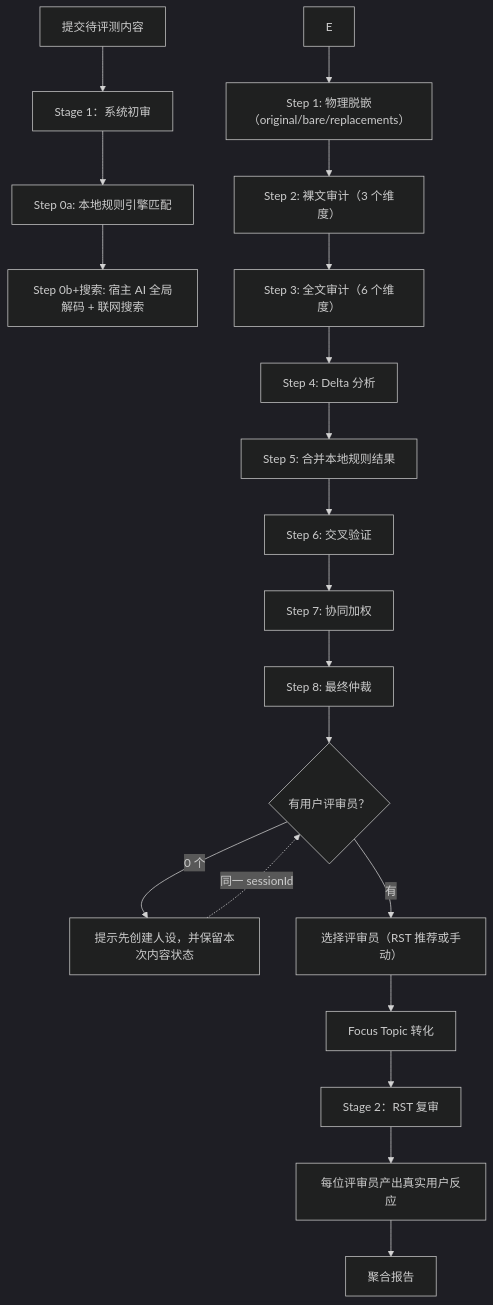
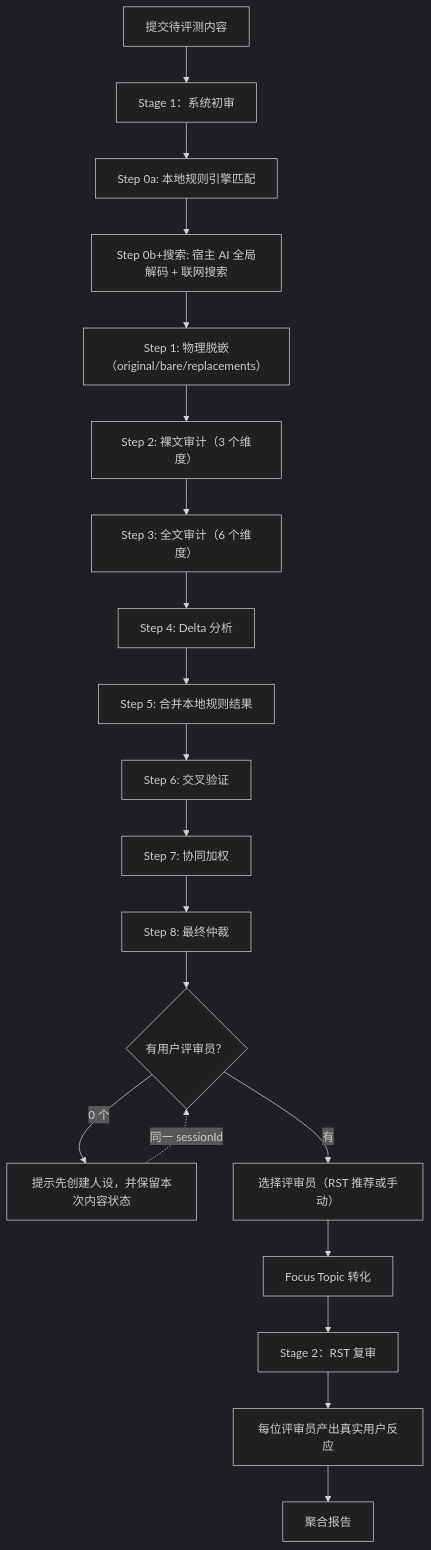
One commit to ChurzeXo/kevlar-4u changed the first of 7 diagrams in docs/README.zh.md. Above: the diagram before and after it, drawn with Mermaid (dark theme). The commit also changed other lines of this file, not shown here.

Commit message:
docs: 更新 README.zh.md 同步 Step 0b+搜索合并的流程与汇总表

````diff
--- a/docs/README.zh.md
+++ b/docs/README.zh.md
@@ -131,22 +131,22 @@
 ```mermaid
 flowchart TD
   A["提交待评测内容"] --> B["Stage 1：系统初审"]
   B --> C["Step 0a: 本地规则引擎匹配"]
   C --> D["Step 0b+搜索: 宿主 AI 全局解码 + 联网搜索"]
-  E --> F["Step 1: 物理脱嵌（original/bare/replacements）"]
+  D --> F["Step 1: 物理脱嵌（original/bare/replacements）"]
   F --> G["Step 2: 裸文审计（3 个维度）"]
   G --> H["Step 3: 全文审计（6 个维度）"]
   H --> I["Step 4: Delta 分析"]
   I --> J["Step 5: 合并本地规则结果"]
   J --> K["Step 6: 交叉验证"]
   K --> L["Step 7: 协同加权"]
   L --> M["Step 8: 最终仲裁"]
   M --> N{"有用户评审员？"}
   N -->|0 个| O["提示先创建人设，并保留本次内容状态"]
   O -.->|"同一 sessionId"| N
   N -->|有| P["选择评审员（RST 推荐或手动）"]
   P --> Q["Focus Topic 转化"]
   Q --> R["Stage 2：RST 复审"]
   R --> S["每位评审员产出真实用户反应"]
   S --> T["聚合报告"]
 ```
````
